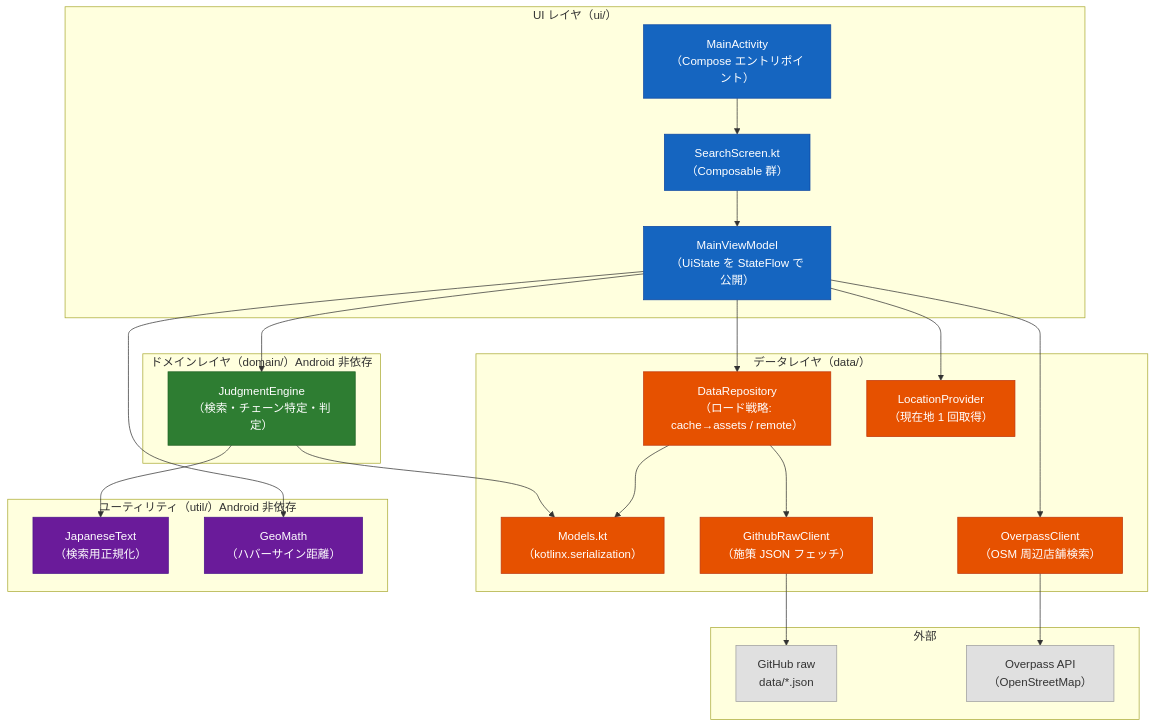
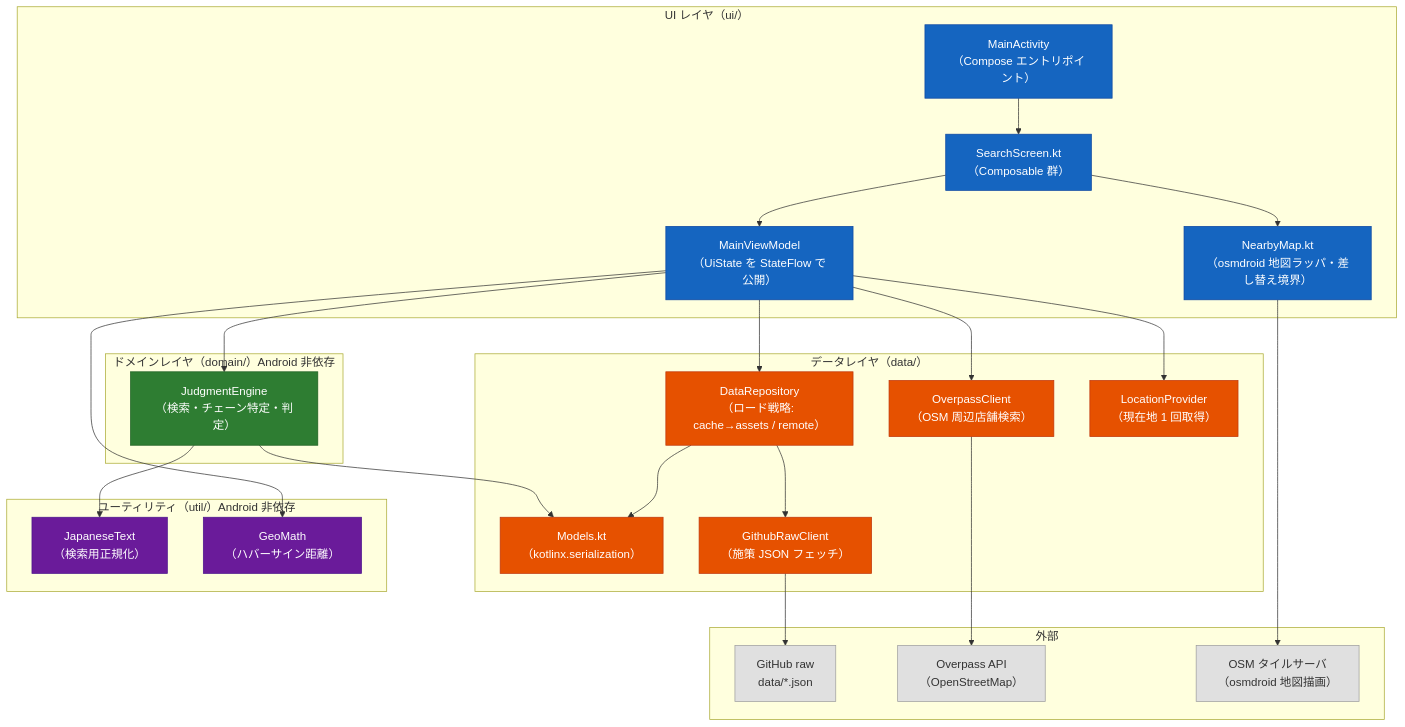
The first of 6 diagrams in docs/code-guide.md (ktakjm/poikatsu), drawn with Mermaid before and after one commit. The commit also changed other lines of this file and 9 other files, not shown here.

First line of the commit message:
feat(nearby): show target stores on a map in nearby search

````diff
--- a/docs/code-guide.md
+++ b/docs/code-guide.md
@@ -13,54 +13,60 @@
 ```mermaid
 graph TD
     subgraph ui["UI レイヤ（ui/）"]
         ACT["MainActivity<br/>（Compose エントリポイント）"]
         SCR["SearchScreen.kt<br/>（Composable 群）"]
         VM["MainViewModel<br/>（UiState を StateFlow で公開）"]
+        MAP["NearbyMap.kt<br/>（osmdroid 地図ラッパ・差し替え境界）"]
     end
     subgraph domain["ドメインレイヤ（domain/）Android 非依存"]
         ENG["JudgmentEngine<br/>（検索・チェーン特定・判定）"]
     end
     subgraph dat["データレイヤ（data/）"]
         REPO["DataRepository<br/>（ロード戦略: cache→assets / remote）"]
         MODELS["Models.kt<br/>（kotlinx.serialization）"]
         GH["GithubRawClient<br/>（施策 JSON フェッチ）"]
         OP["OverpassClient<br/>（OSM 周辺店舗検索）"]
         LOC["LocationProvider<br/>（現在地 1 回取得）"]
     end
     subgraph util["ユーティリティ（util/）Android 非依存"]
         JT["JapaneseText<br/>（検索用正規化）"]
         GEO["GeoMath<br/>（ハバーサイン距離）"]
     end
     subgraph ext["外部"]
         RAW["GitHub raw<br/>data/*.json"]
         OSM["Overpass API<br/>（OpenStreetMap）"]
+        OSMTILE["OSM タイルサーバ<br/>（osmdroid 地図描画）"]
     end
 
     ACT --> SCR
     SCR --> VM
+    SCR --> MAP
+    MAP --> OSMTILE
     VM --> ENG
     VM --> REPO
     VM --> OP
     VM --> LOC
     VM --> GEO
     ENG --> JT
     ENG --> MODELS
     REPO --> MODELS
     REPO --> GH
     GH --> RAW
     OP --> OSM
 
     style ACT fill:#1565C0,stroke:#0D47A1,color:#fff
     style SCR fill:#1565C0,stroke:#0D47A1,color:#fff
     style VM fill:#1565C0,stroke:#0D47A1,color:#fff
     style ENG fill:#2E7D32,stroke:#1B5E20,color:#fff
     style REPO fill:#E65100,stroke:#BF360C,color:#fff
     style MODELS fill:#E65100,stroke:#BF360C,color:#fff
     style GH fill:#E65100,stroke:#BF360C,color:#fff
     style OP fill:#E65100,stroke:#BF360C,color:#fff
     style LOC fill:#E65100,stroke:#BF360C,color:#fff
     style JT fill:#6A1B9A,stroke:#4A148C,color:#fff
     style GEO fill:#6A1B9A,stroke:#4A148C,color:#fff
     style RAW fill:#E0E0E0,stroke:#9E9E9E,color:#333
     style OSM fill:#E0E0E0,stroke:#9E9E9E,color:#333
+    style OSMTILE fill:#E0E0E0,stroke:#9E9E9E,color:#333
+    style MAP fill:#1565C0,stroke:#0D47A1,color:#fff
 ```
````
